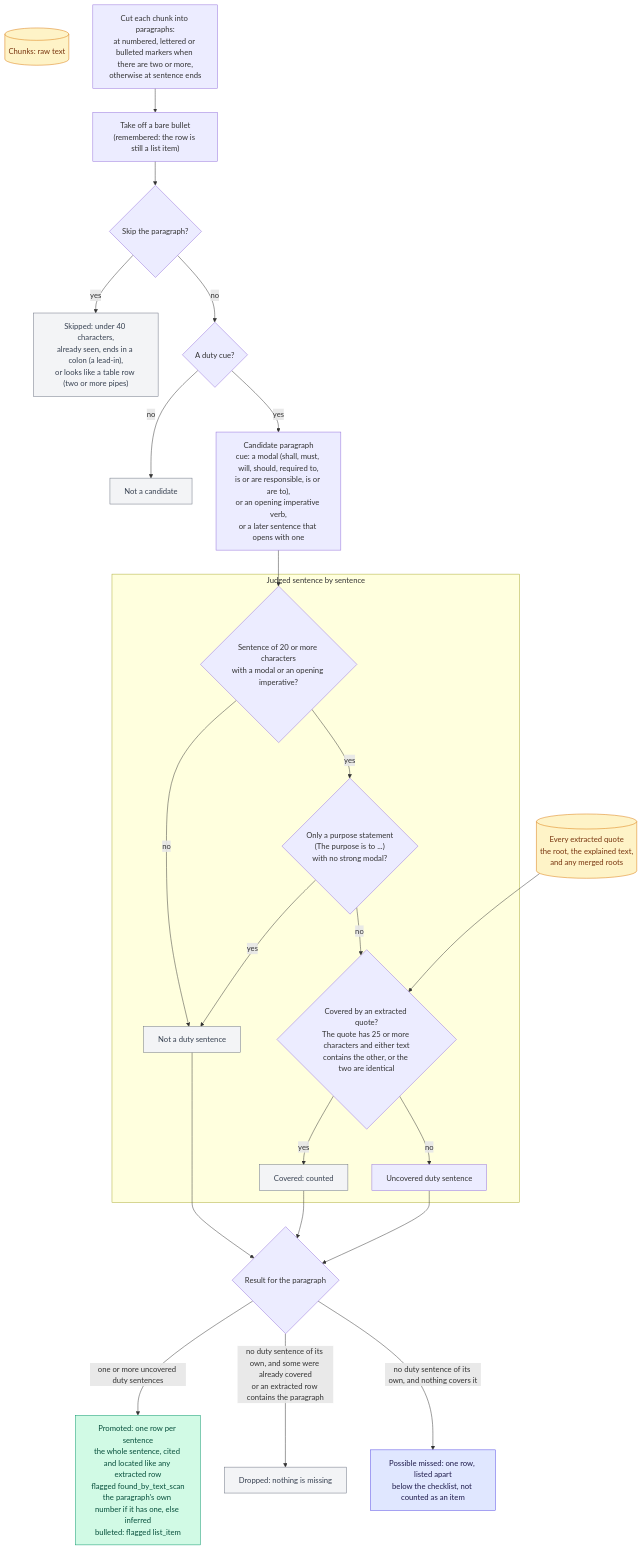
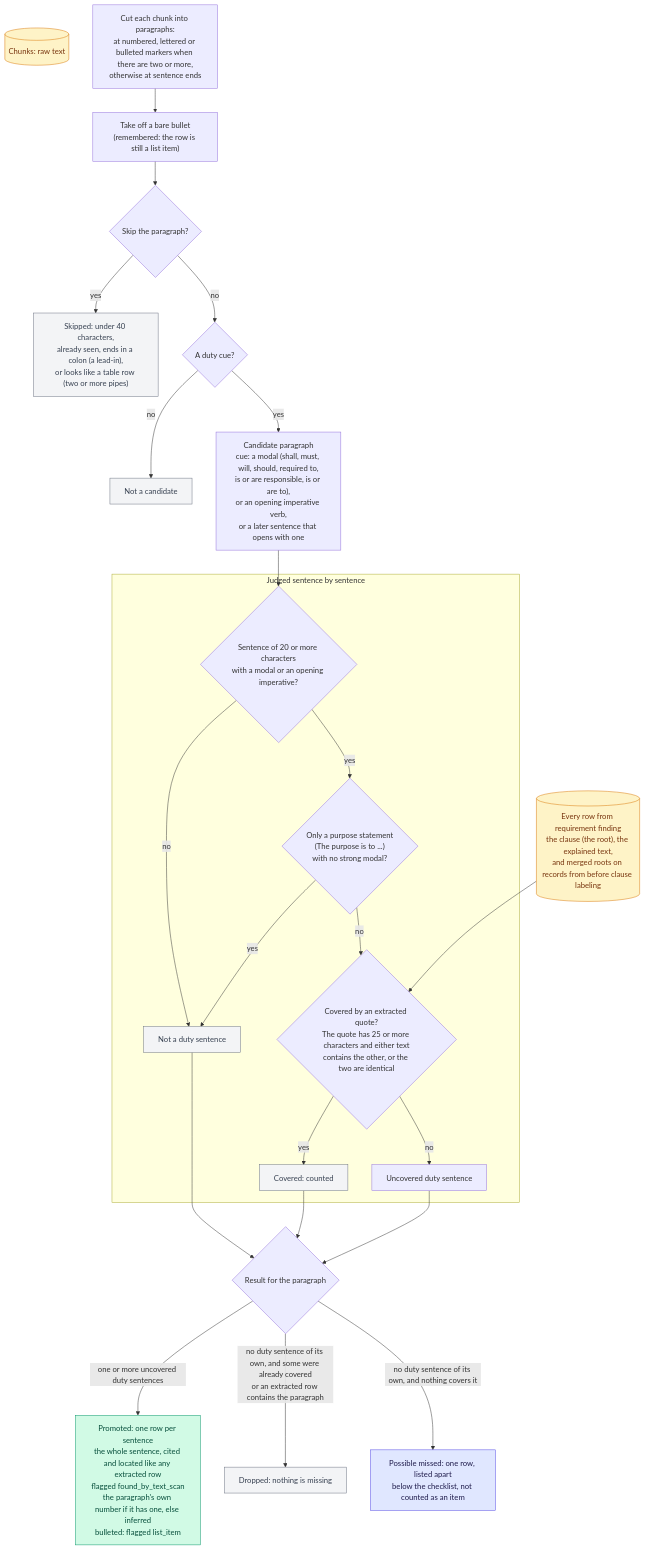
One commit to TylerGRClark/ReqBot changed the diagram in docs/diagrams/09_text_scan.md. Above: the diagram before and after it, drawn with Mermaid. The commit also changed other lines of this file and 81 other files, not shown here.

First line of the commit message:
feat(pipeline): requirement finding is clause labeling; delete the list-writing step (WP-4) (#365)

````diff
--- a/docs/diagrams/09_text_scan.md
+++ b/docs/diagrams/09_text_scan.md
@@ -5,54 +5,54 @@
 ```mermaid
 flowchart TD
     CH[("Chunks: raw text")]
-    EXT[("Every extracted quote<br/>the root, the explained text,<br/>and any merged roots")]
+    EXT[("Every row from requirement finding<br/>the clause (the root), the explained text,<br/>and merged roots on records from before clause labeling")]
 
     U1["Cut each chunk into paragraphs:<br/>at numbered, lettered or bulleted markers when there are two or more,<br/>otherwise at sentence ends"]
     U2["Take off a bare bullet<br/>(remembered: the row is still a list item)"]
     U3{"Skip the paragraph?"}
     U3a["Skipped: under 40 characters,<br/>already seen, ends in a colon (a lead-in),<br/>or looks like a table row (two or more pipes)"]
     U4{"A duty cue?"}
     U4a["Not a candidate"]
     U5["Candidate paragraph<br/>cue: a modal (shall, must, will, should, required to,<br/>is or are responsible, is or are to),<br/>or an opening imperative verb,<br/>or a later sentence that opens with one"]
 
     U1 --> U2
     U2 --> U3
     U3 -->|yes| U3a
     U3 -->|no| U4
     U4 -->|no| U4a
     U4 -->|yes| U5
 
     subgraph SENT["Judged sentence by sentence"]
         S1{"Sentence of 20 or more characters<br/>with a modal or an opening imperative?"}
         S2{"Only a purpose statement<br/>(The purpose is to ...)<br/>with no strong modal?"}
         S3{"Covered by an extracted quote?<br/>The quote has 25 or more characters and either text<br/>contains the other, or the two are identical"}
         S4["Uncovered duty sentence"]
         S5["Covered: counted"]
         S1 -->|no| S6["Not a duty sentence"]
         S1 -->|yes| S2
         S2 -->|yes| S6
         S2 -->|no| S3
         S3 -->|yes| S5
         S3 -->|no| S4
     end
 
     U5 --> S1
     EXT --> S3
 
     R1{"Result for the paragraph"}
     S4 --> R1
     S5 --> R1
     S6 --> R1
     R1 -->|"one or more uncovered duty sentences"| PROMO["Promoted: one row per sentence<br/>the whole sentence, cited and located like any extracted row<br/>flagged found_by_text_scan<br/>the paragraph's own number if it has one, else inferred<br/>bulleted: flagged list_item"]
     R1 -->|"no duty sentence of its own, and some were already covered<br/>or an extracted row contains the paragraph"| DROP["Dropped: nothing is missing"]
     R1 -->|"no duty sentence of its own, and nothing covers it"| MISS["Possible missed: one row, listed apart<br/>below the checklist, not counted as an item"]
 
     classDef ok fill:#d1fae5,stroke:#059669,color:#064e3b;
     classDef drop fill:#f3f4f6,stroke:#6b7280,color:#374151;
     classDef data fill:#fef3c7,stroke:#d97706,color:#78350f;
     classDef side fill:#e0e7ff,stroke:#4f46e5,color:#1e1b4b;
     class PROMO ok;
     class U3a,U4a,S6,DROP,S5 drop;
     class CH,EXT data;
     class MISS side;
 ```
````
